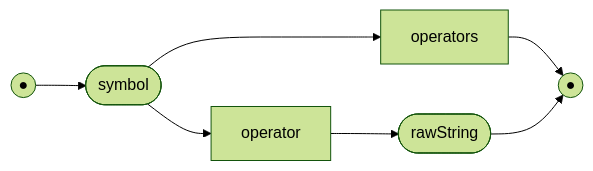
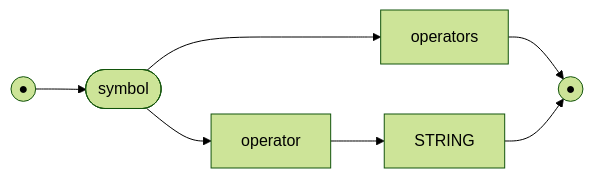
Diagram 34 of 59 in docs/railroad.md (billhails/CEKF), drawn with Mermaid (forest theme) before and after one commit. The commit also changed other lines of this file, not shown here.

````diff
--- a/docs/railroad.md
+++ b/docs/railroad.md
@@ -496,8 +532,8 @@
 ```mermaid
 flowchart LR
 s(("●"))
 e(("●"))
 s --> symbol([symbol])
 symbol --> operators --> e
-symbol --> operator --> rs([rawString]) --> e
+symbol --> operator --> STRING --> e
 ```
````
